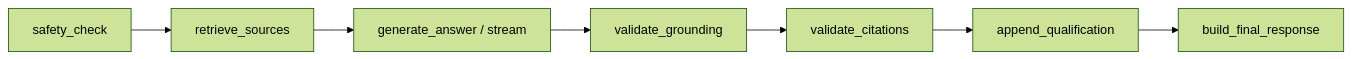
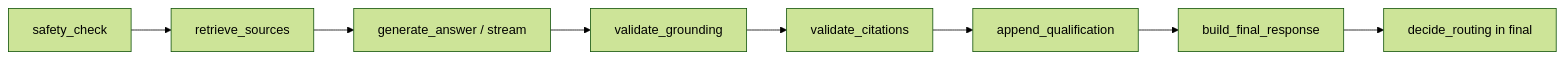
The third of 4 diagrams in README.md (pranaya-mathur/help-assistant), drawn with Mermaid (forest theme) before and after one commit. The commit also changed other lines of this file and 10 other files, not shown here.

````diff
--- a/README.md
+++ b/README.md
@@ -359,11 +367,12 @@
 ```mermaid
 flowchart LR
   A[safety_check]
   B[retrieve_sources]
   C[generate_answer / stream]
   D[validate_grounding]
   E[validate_citations]
   F[append_qualification]
   G[build_final_response]
-  A --> B --> C --> D --> E --> F --> G
+  H[decide_routing in final]
+  A --> B --> C --> D --> E --> F --> G --> H
 ```
````
